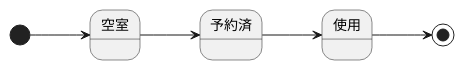
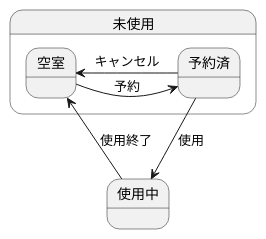
Before and after one commit to Takhshi/uml-introduction: the diagram in 演習6-2_SD_部屋オブジェクト.pu, drawn with PlantUML. The commit also changed 1 other file, not shown here.

```diff
--- a/演習6-2_SD_部屋オブジェクト.pu
+++ b/演習6-2_SD_部屋オブジェクト.pu
@@ -1,7 +1,11 @@
 @startuml 演習6-2
-left to right direction
-[*] --> 空室
-空室--> 予約済
-予約済--> 使用
-使用--> [*]
+' left to right direction
+state 未使用 {
+    state 空室
+    state 予約済
+}
+空室 -right-> 予約済: 予約
+予約済 -left-> 空室: キャンセル
+予約済 --> 使用中: 使用
+使用中 --> 空室: 使用終了
 @enduml
```
